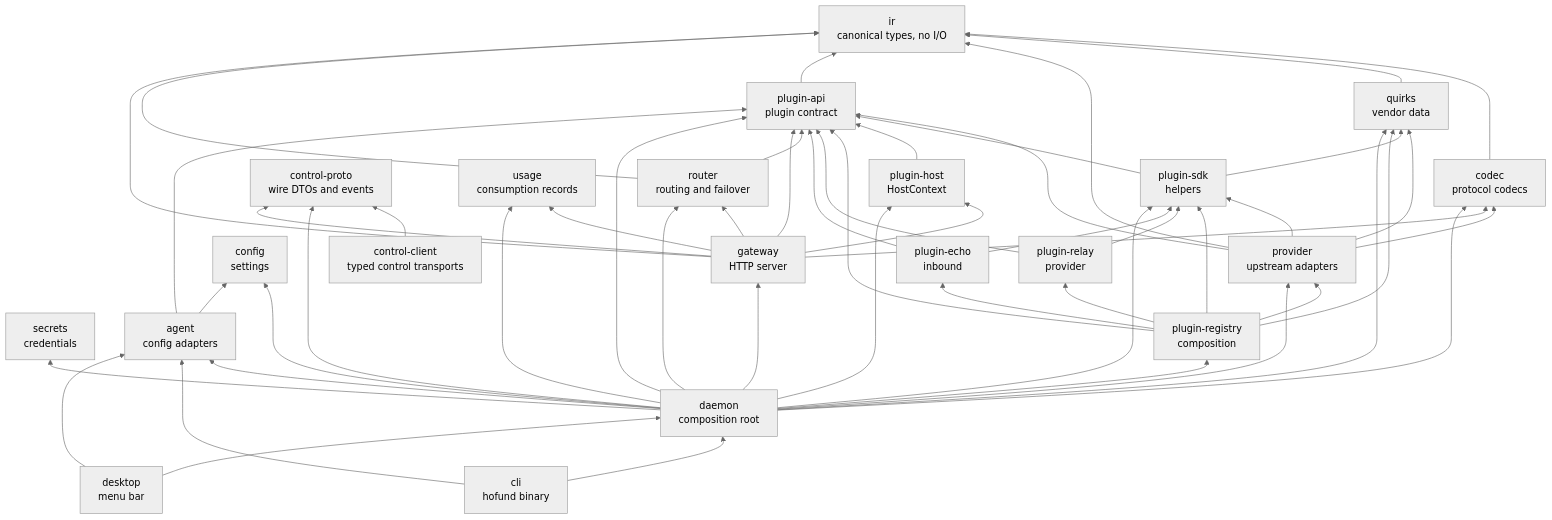
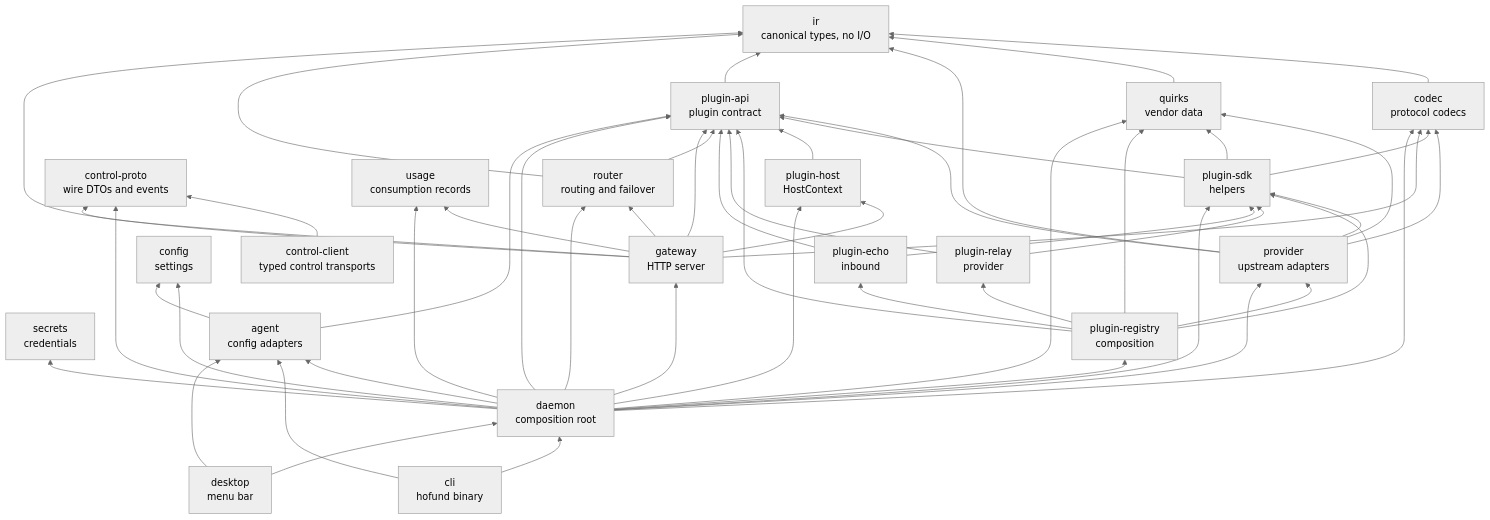
One commit to logibricks-io/open-heimdall-hofund changed the diagram in docs/architecture.md. Above: the diagram before and after it, drawn with Mermaid (neutral theme). The commit also changed other lines of this file and 23 other files, not shown here.

````diff
--- a/docs/architecture.md
+++ b/docs/architecture.md
@@ -37,76 +37,77 @@
 ```mermaid
 flowchart BT
   ir["ir<br/>canonical types, no I/O"]
   codec["codec<br/>protocol codecs"]
   quirks["quirks<br/>vendor data"]
   provider["provider<br/>upstream adapters"]
   router["router<br/>routing and failover"]
   config["config<br/>settings"]
   controlClient["control-client<br/>typed control transports"]
   controlProto["control-proto<br/>wire DTOs and events"]
   controlClient --> controlProto
   daemon --> controlProto
   gateway --> controlProto
   secrets["secrets<br/>credentials"]
   usage["usage<br/>consumption records"]
   agent["agent<br/>config adapters"]
   pluginApi["plugin-api<br/>plugin contract"]
   pluginSdk["plugin-sdk<br/>helpers"]
   pluginHost["plugin-host<br/>HostContext"]
   pluginRegistry["plugin-registry<br/>composition"]
   pluginRelay["plugin-relay<br/>provider"]
   pluginEcho["plugin-echo<br/>inbound"]
   gateway["gateway<br/>HTTP server"]
   daemon["daemon<br/>composition root"]
   cli["cli<br/>hofund binary"]
   desktop["desktop<br/>menu bar"]
 
   codec --> ir
   quirks --> ir
   provider --> codec
   provider --> ir
   provider --> quirks
   provider --> pluginApi
   provider --> pluginSdk
   pluginApi --> ir
+  pluginSdk --> codec
   pluginSdk --> pluginApi
   pluginSdk --> quirks
   pluginHost --> pluginApi
   pluginRegistry --> pluginApi
   pluginRegistry --> pluginSdk
   pluginRegistry --> pluginRelay
   pluginRegistry --> pluginEcho
   pluginRegistry --> provider
   pluginRegistry --> quirks
   pluginRelay --> pluginApi
   pluginRelay --> pluginSdk
   pluginEcho --> pluginApi
   pluginEcho --> pluginSdk
   router --> pluginApi
   router --> ir
   gateway --> router
   gateway --> codec
   gateway --> ir
   gateway --> usage
   gateway --> pluginApi
   gateway --> pluginHost
   daemon --> gateway
   daemon --> config
   daemon --> secrets
   daemon --> provider
   daemon --> codec
   daemon --> quirks
   daemon --> router
   daemon --> pluginApi
   daemon --> pluginHost
   daemon --> pluginRegistry
   daemon --> pluginSdk
   daemon --> usage
   daemon --> agent
   agent --> config
   agent --> pluginApi
   cli --> daemon
   cli --> agent
   desktop --> daemon
   desktop --> agent
 ```
````
